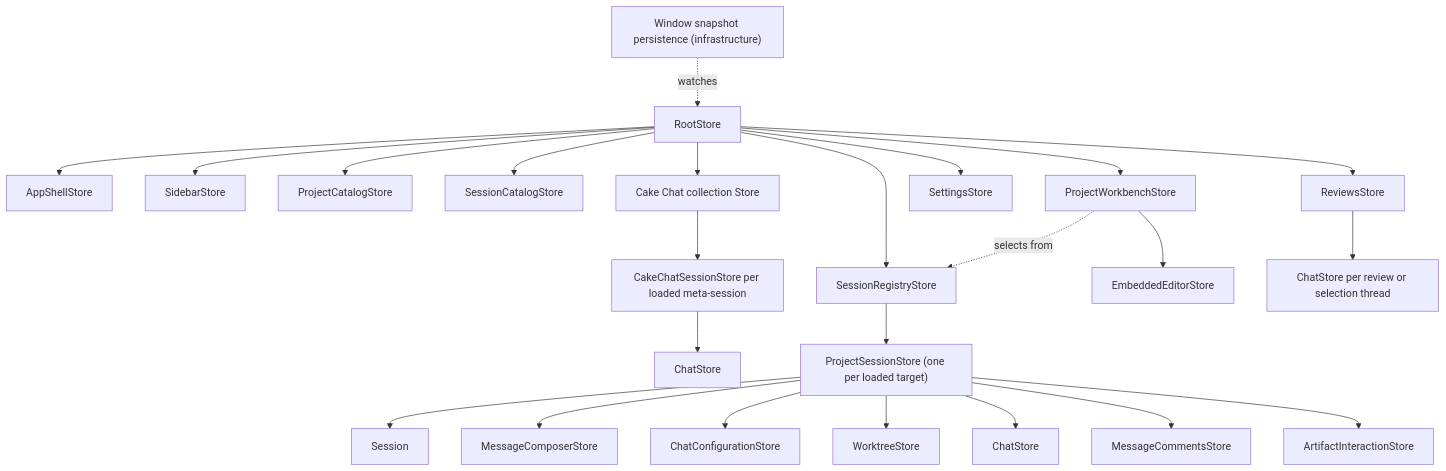
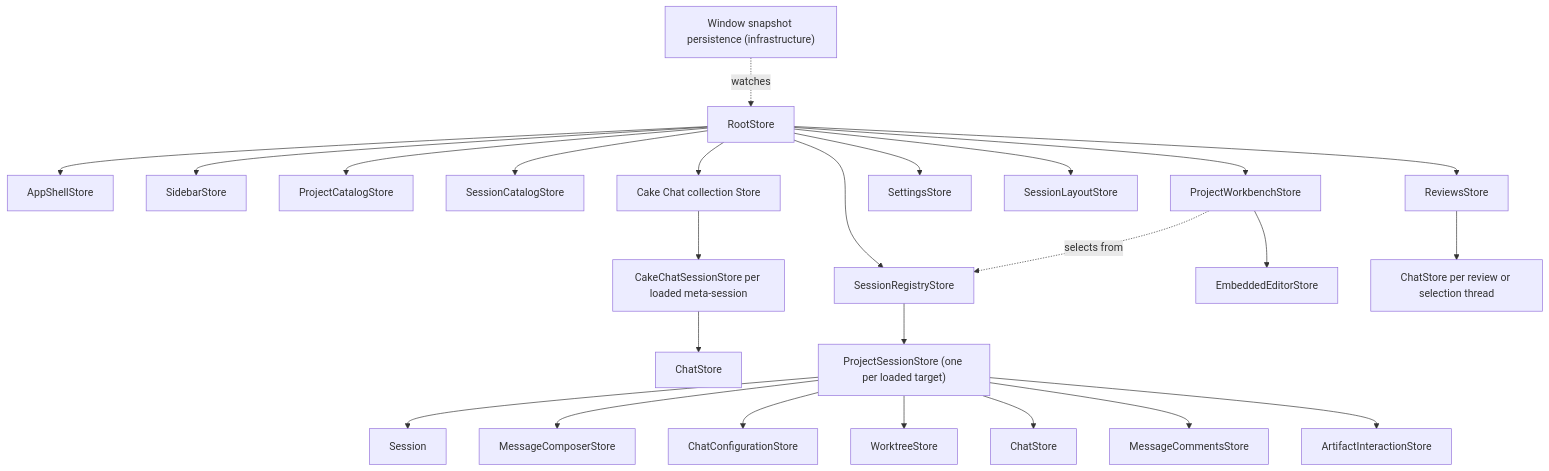
One commit to melnikov-s/cake changed the diagram in docs/architecture/cake-architecture.md. Above: the diagram before and after it, drawn with Mermaid. The commit also changed other lines of this file and 14 other files, not shown here.

````diff
--- a/docs/architecture/cake-architecture.md
+++ b/docs/architecture/cake-architecture.md
@@ -377,26 +386,27 @@
 ```mermaid
 flowchart TD
   Root["RootStore"] --> Shell["AppShellStore"]
   Root --> Sidebar["SidebarStore"]
   Root --> Projects["ProjectCatalogStore"]
   Root --> Catalog["SessionCatalogStore"]
   Root --> Registry["SessionRegistryStore"]
   Root --> Workbench["ProjectWorkbenchStore"]
   Root --> CakeChat["Cake Chat collection Store"]
   CakeChat --> CakeSession["CakeChatSessionStore per loaded meta-session"]
   CakeSession --> MetaChat["ChatStore"]
   Root --> Settings["SettingsStore"]
   Persistence["Window snapshot persistence (infrastructure)"] -. watches .-> Root
   Workbench -. selects from .-> Registry
+  Root --> Layout["SessionLayoutStore"]
   Workbench --> IDE["EmbeddedEditorStore"]
   Registry --> Session["ProjectSessionStore (one per loaded target)"]
   Session --> Model["Session"]
   Session --> Composer["MessageComposerStore"]
   Session --> Config["ChatConfigurationStore"]
   Session --> Worktree["WorktreeStore"]
   Session --> Chat["ChatStore"]
   Session --> Comments["MessageCommentsStore"]
   Session --> Artifacts["ArtifactInteractionStore"]
   Root --> Reviews["ReviewsStore"]
   Reviews --> ThreadChats["ChatStore per review or selection thread"]
 ```
````
